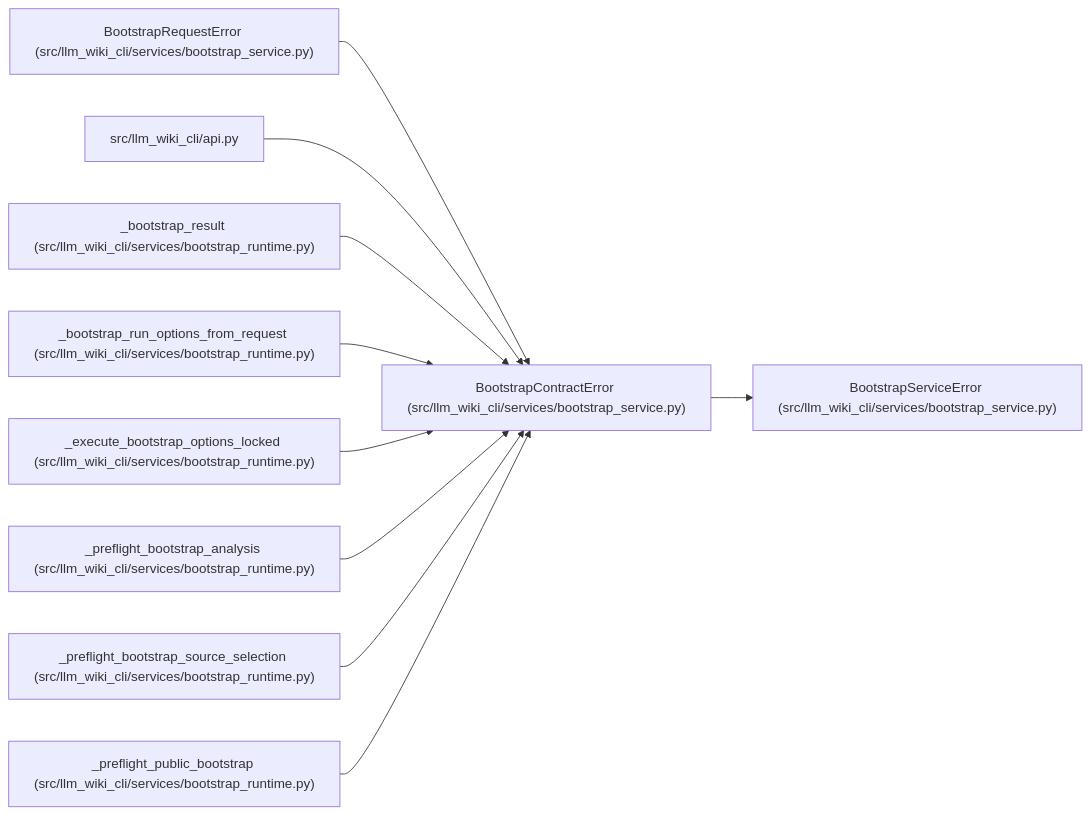
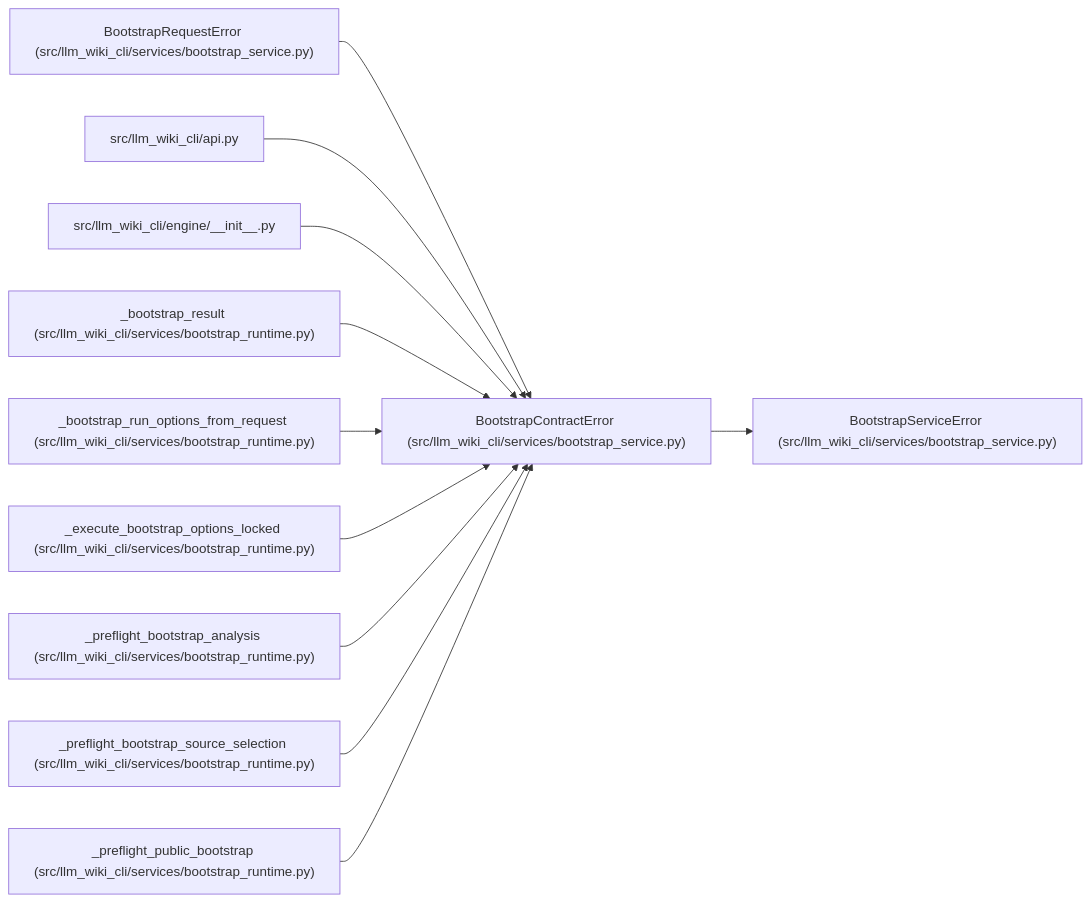
One commit to Denissvgn/python-wiki-llm changed the diagram in docs/llm_wiki/entities/BootstrapContractError.md. Above: the diagram before and after it, drawn with Mermaid. The commit also changed other lines of this file and 1555 other files, not shown here.

First line of the commit message:
docs: refresh the wiki for the engine layer

````diff
--- a/docs/llm_wiki/entities/BootstrapContractError.md
+++ b/docs/llm_wiki/entities/BootstrapContractError.md
@@ -23,32 +23,35 @@
 ```mermaid
 flowchart LR
     n0["BootstrapContractError (src/llm_wiki_cli/services/bootstrap_service.py)"]
     n1["BootstrapServiceError (src/llm_wiki_cli/services/bootstrap_service.py)"]
     n2["BootstrapRequestError (src/llm_wiki_cli/services/bootstrap_service.py)"]
     n3["src/llm_wiki_cli/api.py"]
-    n4["_bootstrap_result (src/llm_wiki_cli/services/bootstrap_runtime.py)"]
-    n5["_bootstrap_run_options_from_request (src/llm_wiki_cli/services/bootstrap_runtime.py)"]
-    n6["_execute_bootstrap_options_locked (src/llm_wiki_cli/services/bootstrap_runtime.py)"]
-    n7["_preflight_bootstrap_analysis (src/llm_wiki_cli/services/bootstrap_runtime.py)"]
-    n8["_preflight_bootstrap_source_selection (src/llm_wiki_cli/services/bootstrap_runtime.py)"]
-    n9["_preflight_public_bootstrap (src/llm_wiki_cli/services/bootstrap_runtime.py)"]
+    n4["src/llm_wiki_cli/engine/__init__.py"]
+    n5["_bootstrap_result (src/llm_wiki_cli/services/bootstrap_runtime.py)"]
+    n6["_bootstrap_run_options_from_request (src/llm_wiki_cli/services/bootstrap_runtime.py)"]
+    n7["_execute_bootstrap_options_locked (src/llm_wiki_cli/services/bootstrap_runtime.py)"]
+    n8["_preflight_bootstrap_analysis (src/llm_wiki_cli/services/bootstrap_runtime.py)"]
+    n9["_preflight_bootstrap_source_selection (src/llm_wiki_cli/services/bootstrap_runtime.py)"]
+    n10["_preflight_public_bootstrap (src/llm_wiki_cli/services/bootstrap_runtime.py)"]
     n0 --> n1
     n2 --> n0
     n3 --> n0
     n4 --> n0
     n5 --> n0
     n6 --> n0
     n7 --> n0
     n8 --> n0
     n9 --> n0
+    n10 --> n0
     click n0 "../modules/bootstrap_service.md"
     click n1 "../modules/bootstrap_service.md"
     click n2 "../modules/bootstrap_service.md"
     click n3 "../modules/api.md"
-    click n4 "../modules/bootstrap_runtime.md"
+    click n4 "../modules/engine___init__.md"
     click n5 "../modules/bootstrap_runtime.md"
     click n6 "../modules/bootstrap_runtime.md"
     click n7 "../modules/bootstrap_runtime.md"
     click n8 "../modules/bootstrap_runtime.md"
     click n9 "../modules/bootstrap_runtime.md"
+    click n10 "../modules/bootstrap_runtime.md"
 ```
````
